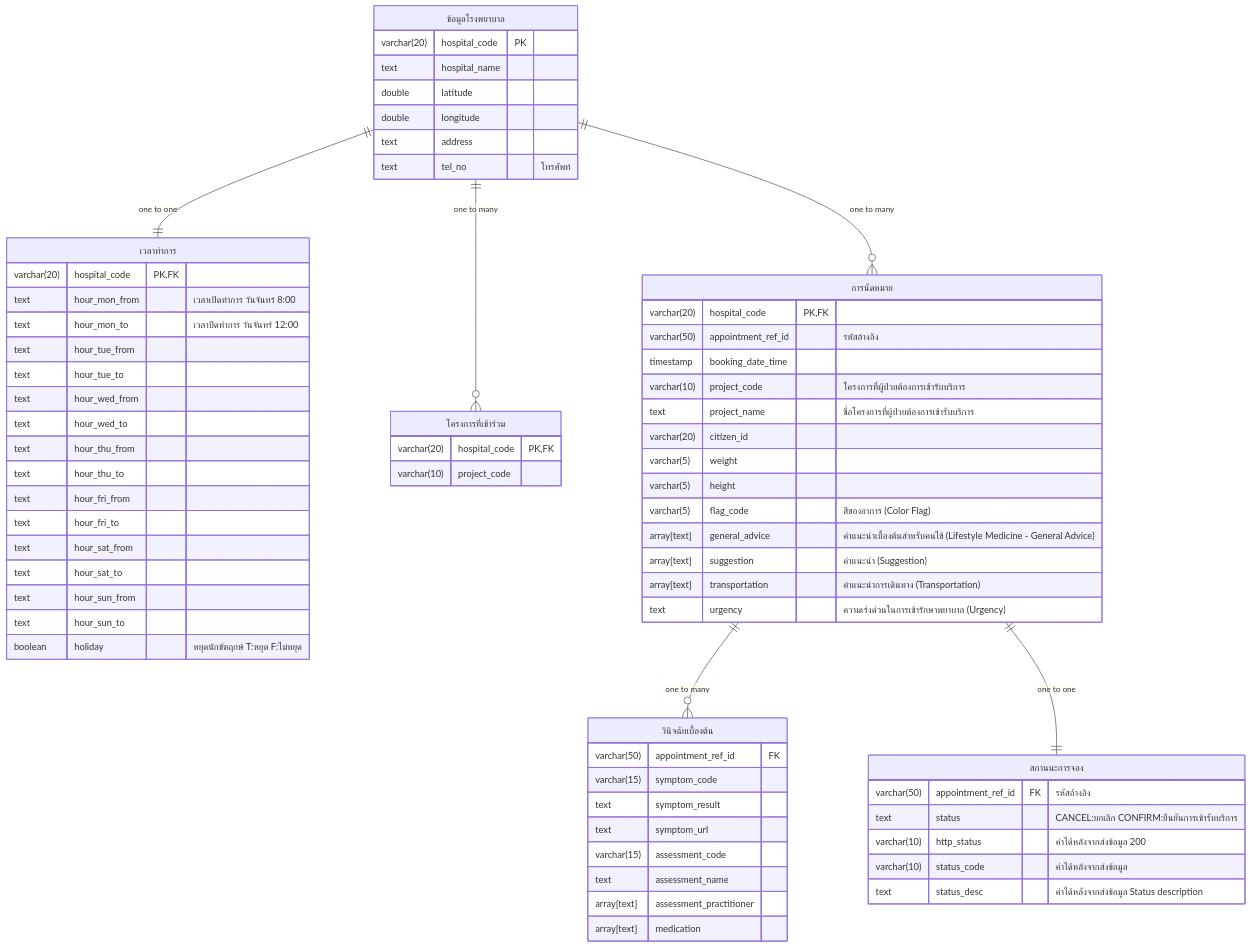
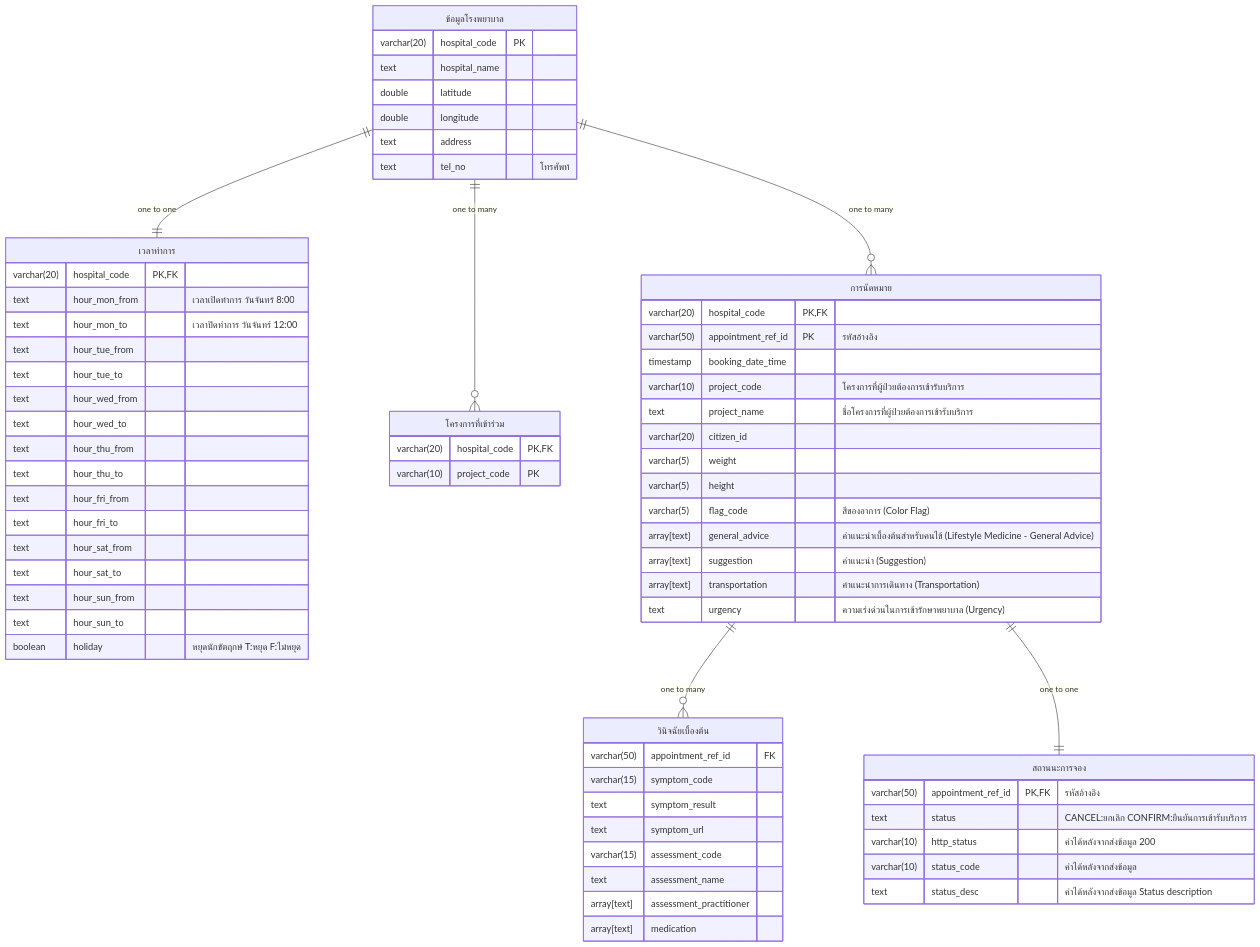
Before and after one commit to lionants02/public: the first of 2 diagrams in ktb-amed/entity/README.md, drawn with Mermaid.

Commit message:
แก้ไข Key

````diff
--- a/ktb-amed/entity/README.md
+++ b/ktb-amed/entity/README.md
@@ -2,78 +2,78 @@
 ```mermaid
 erDiagram
     hospital one to one business_hours: "one to one"
     hospital one to many business_project_code :"one to many"
     hospital one to many appointment :"one to many"
     appointment one to many appointment_possible_diagnosist:"one to many"
     appointment one to one appointment_response_status:"one to one"
 
     hospital["ข้อมูลโรงพยาบาล"]{
         varchar(20) hospital_code PK
         text hospital_name
         double latitude
         double longitude
         text address
         text tel_no "โทรศัพท์"
     }
 
     business_project_code["โครงการที่เข้าร่วม"]{
         varchar(20) hospital_code PK,FK
-        varchar(10) project_code
+        varchar(10) project_code PK
     }
 
     business_hours["เวลาทำการ"]{
         varchar(20) hospital_code PK,FK
         text hour_mon_from "เวลาเปิดทำการ วันจันทร์ 8:00"
         text hour_mon_to "เวลาปิดทำการ วันจันทร์ 12:00"
         text hour_tue_from
         text hour_tue_to
         text hour_wed_from
         text hour_wed_to
         text hour_thu_from
         text hour_thu_to
         text hour_fri_from
         text hour_fri_to
         text hour_sat_from
         text hour_sat_to
         text hour_sun_from
         text hour_sun_to
         boolean holiday "หยุดนักขัตฤกษ์ T:หยุด F:ไม่หยุด"
     }
 
     appointment["การนัดหมาย"]{
         varchar(20) hospital_code PK,FK
-        varchar(50) appointment_ref_id "รหัสอ้างอิง"
+        varchar(50) appointment_ref_id PK "รหัสอ้างอิง"
         timestamp booking_date_time
         varchar(10) project_code "โครงการที่ผู้ป่วยต้องการเข้ารับบริการ"
         text project_name "ชื่อโครงการที่ผู้ป่วยต้องการเข้ารับบริการ"
         varchar(20) citizen_id
         varchar(5) weight
         varchar(5) height
         varchar(5) flag_code "สีของอาการ (Color Flag)
 "
         array[text] general_advice "คำแนะนำเบื้องต้นสำหรับคนไข้ (Lifestyle Medicine - General Advice)"
         array[text] suggestion "คำแนะนำ (Suggestion)"
         array[text] transportation "คำแนะนำการเดินทาง (Transportation)"
         text urgency "ความเร่งด่วนในการเข้ารักษาพยาบาล (Urgency)"
     }
 
     appointment_possible_diagnosist["วินิจฉัยเบื้องต้น"]{
         varchar(50) appointment_ref_id FK
         varchar(15) symptom_code
         text symptom_result
         text symptom_url
         varchar(15) assessment_code
         text assessment_name
 
         array[text] assessment_practitioner
         array[text] medication
     }
 
     appointment_response_status["สถานนะการจอง"]{
-        varchar(50) appointment_ref_id FK "รหัสอ้างอิง"
+        varchar(50) appointment_ref_id PK,FK "รหัสอ้างอิง"
         text status "CANCEL:ยกเลิก CONFIRM:ยืนยันการเข้ารับบริการ"
         varchar(10) http_status "ค่าได้หลังจากส่งข้อมูล 200"
         varchar(10) status_code "ค่าได้หลังจากส่งข้อมูล"
         text status_desc "ค่าได้หลังจากส่งข้อมูล Status description"
     }
 ```
````
